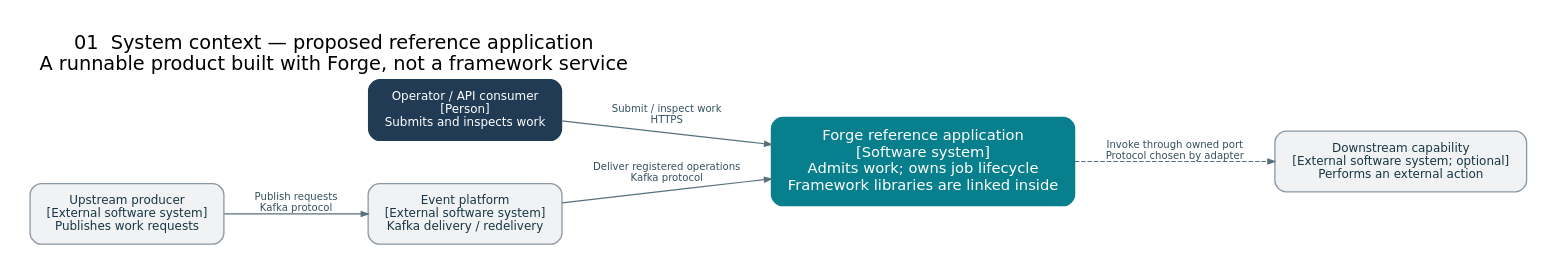
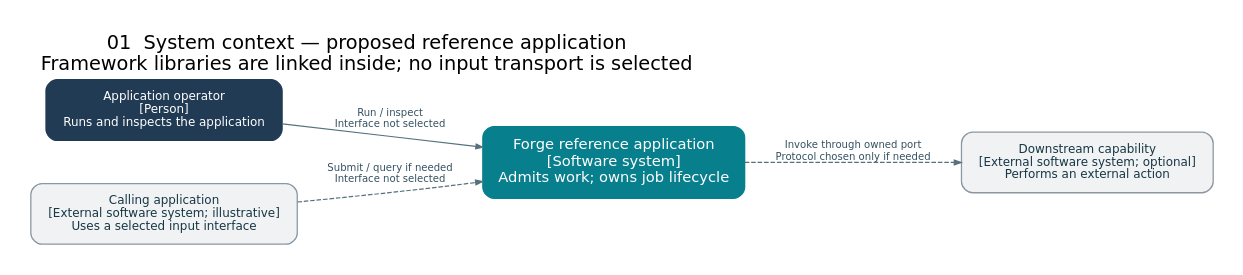
The diagram in docs/architecture/diagrams/01-context.dot (roachmaster/homelab), drawn with Graphviz before and after one commit. The commit also changed 34 other files, not shown here.

Commit message:
Keep framework architecture transport-neutral

```diff
--- a/docs/architecture/diagrams/01-context.dot
+++ b/docs/architecture/diagrams/01-context.dot
@@ -1,13 +1,11 @@
 digraph Context {
 graph [fontname="DejaVu Sans", fontsize=21, labelloc=t, labeljust=l, pad=0.35, nodesep=0.65, ranksep=0.9, bgcolor="white"]; node [shape=box, style="rounded,filled", fontname="DejaVu Sans", fontsize=13, margin="0.22,0.16", color="#24576b", fillcolor="#e8f4f7", fontcolor="#163744", penwidth=1.4]; edge [fontname="DejaVu Sans", fontsize=11, color="#56717d", fontcolor="#34505f", penwidth=1.3, arrowsize=0.75];
-rankdir=LR; label="01  System context — proposed reference application\nA runnable product built with Forge, not a framework service";
-user [label="Operator / API consumer\n[Person]\nSubmits and inspects work", fillcolor="#213b55", color="#213b55", fontcolor="white"];
-producer [label="Upstream producer\n[External software system]\nPublishes work requests", fillcolor="#f0f2f4", color="#8b98a3"];
-app [label="Forge reference application\n[Software system]\nAdmits work; owns job lifecycle\nFramework libraries are linked inside", fillcolor="#087f8c", color="#087f8c", fontcolor="white", fontsize=16];
-events [label="Event platform\n[External software system]\nKafka delivery / redelivery", fillcolor="#f0f2f4", color="#8b98a3"];
+rankdir=LR; label="01  System context — proposed reference application\nFramework libraries are linked inside; no input transport is selected";
+user [label="Application operator\n[Person]\nRuns and inspects the application", fillcolor="#213b55", color="#213b55", fontcolor="white"];
+caller [label="Calling application\n[External software system; illustrative]\nUses a selected input interface", fillcolor="#f0f2f4", color="#8b98a3"];
+app [label="Forge reference application\n[Software system]\nAdmits work; owns job lifecycle", fillcolor="#087f8c", color="#087f8c", fontcolor="white", fontsize=16];
 downstream [label="Downstream capability\n[External software system; optional]\nPerforms an external action", fillcolor="#f0f2f4", color="#8b98a3"];
-user -> app [label="Submit / inspect work\nHTTPS"];
-producer -> events [label="Publish requests\nKafka protocol"];
-events -> app [label="Deliver registered operations\nKafka protocol"];
-app -> downstream [label="Invoke through owned port\nProtocol chosen by adapter", style=dashed];
+user -> app [label="Run / inspect\nInterface not selected"];
+caller -> app [label="Submit / query if needed\nInterface not selected", style=dashed];
+app -> downstream [label="Invoke through owned port\nProtocol chosen only if needed", style=dashed];
 }
```
